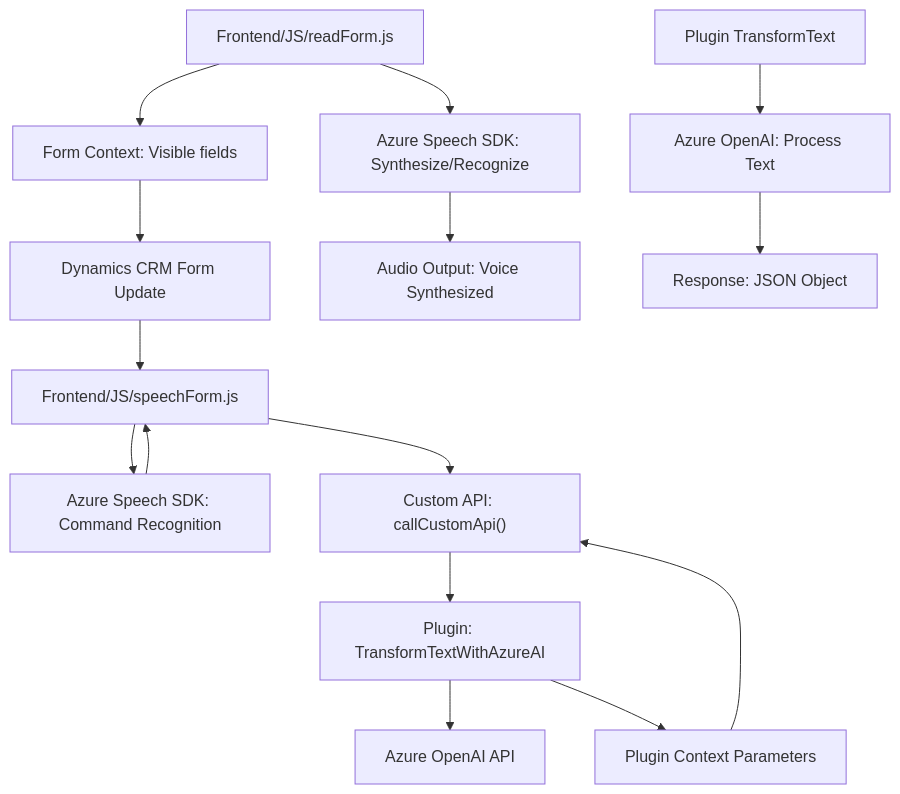
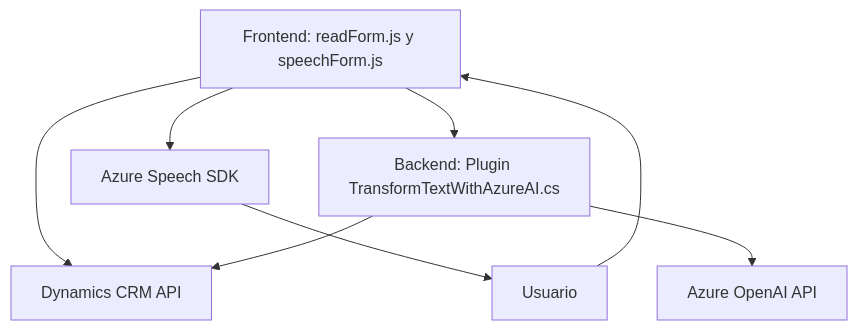
The diagram in README.md (blopezdm/NETCORE_BILBAO2025), drawn with Mermaid before and after one commit. The commit also changed other lines of this file, not shown here.

````diff
--- a/README.md
+++ b/README.md
@@ -39,21 +38,17 @@
 ```mermaid
 graph TD
-  A["Frontend/JS/readForm.js"] --> B["Azure Speech SDK: Synthesize/Recognize"]
-  A --> C["Form Context: Visible fields"]
-  C --> D["Dynamics CRM Form Update"]
+    A["Frontend: readForm.js y speechForm.js"]
+    B["Backend: Plugin TransformTextWithAzureAI.cs"]
+    C["Azure Speech SDK"]
+    D["Dynamics CRM API"]
+    E["Azure OpenAI API"]
+    F["Usuario"]
 
-  B --> E["Audio Output: Voice Synthesized"]
-  
-  F["Frontend/JS/speechForm.js"] --> G["Azure Speech SDK: Command Recognition"]
-  F --> H["Custom API: callCustomApi()"]
-  H --> I["Plugin: TransformTextWithAzureAI"]
-  I --> J["Azure OpenAI API"]
-  I --> K["Plugin Context Parameters"]
-  
-  L["Plugin TransformText"] --> M["Azure OpenAI: Process Text"]
-  M --> N["Response: JSON Object"]
-
-  D --> F
-  G --> F
-  K --> H
+    F --> A
+    A --> D
+    A --> C
+    A --> B
+    B --> D
+    B --> E
+    C["Azure Speech SDK"] --> F
 ```
````
